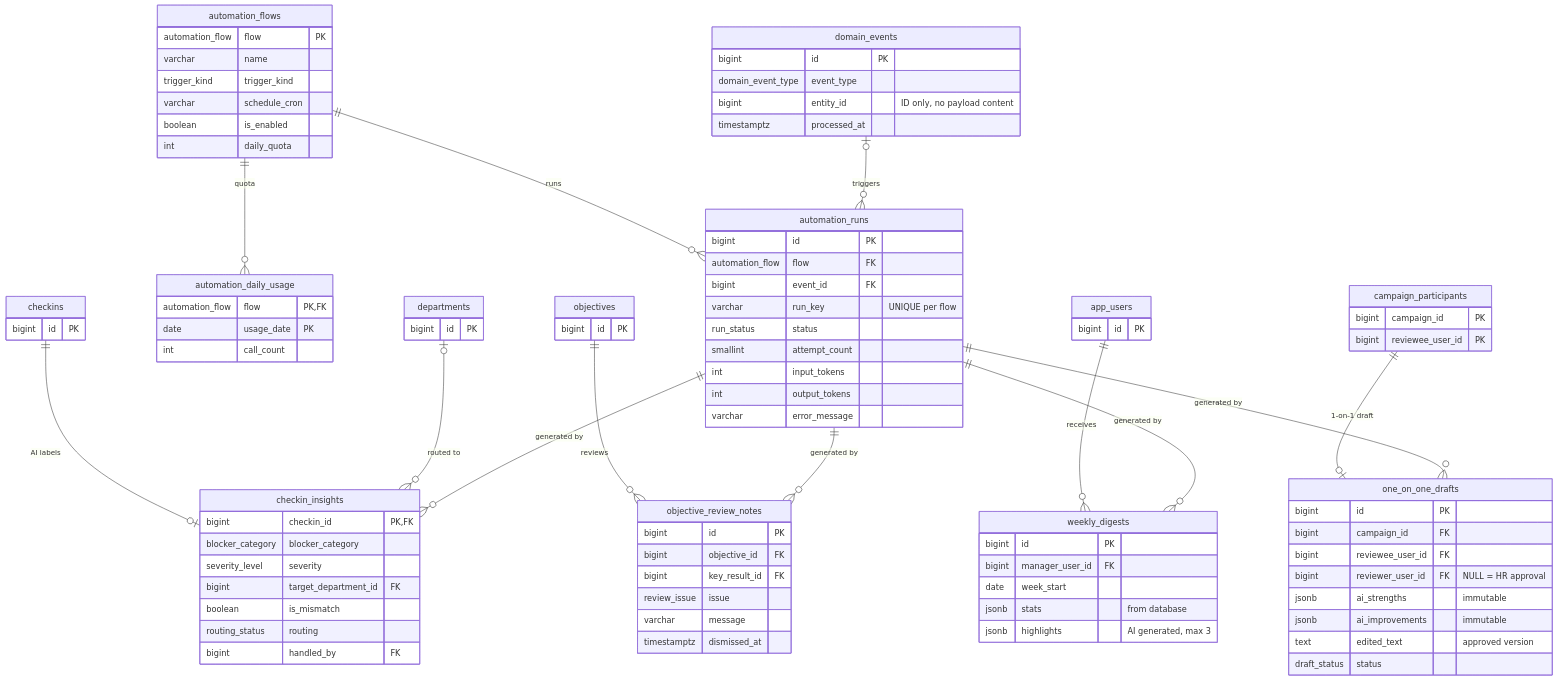
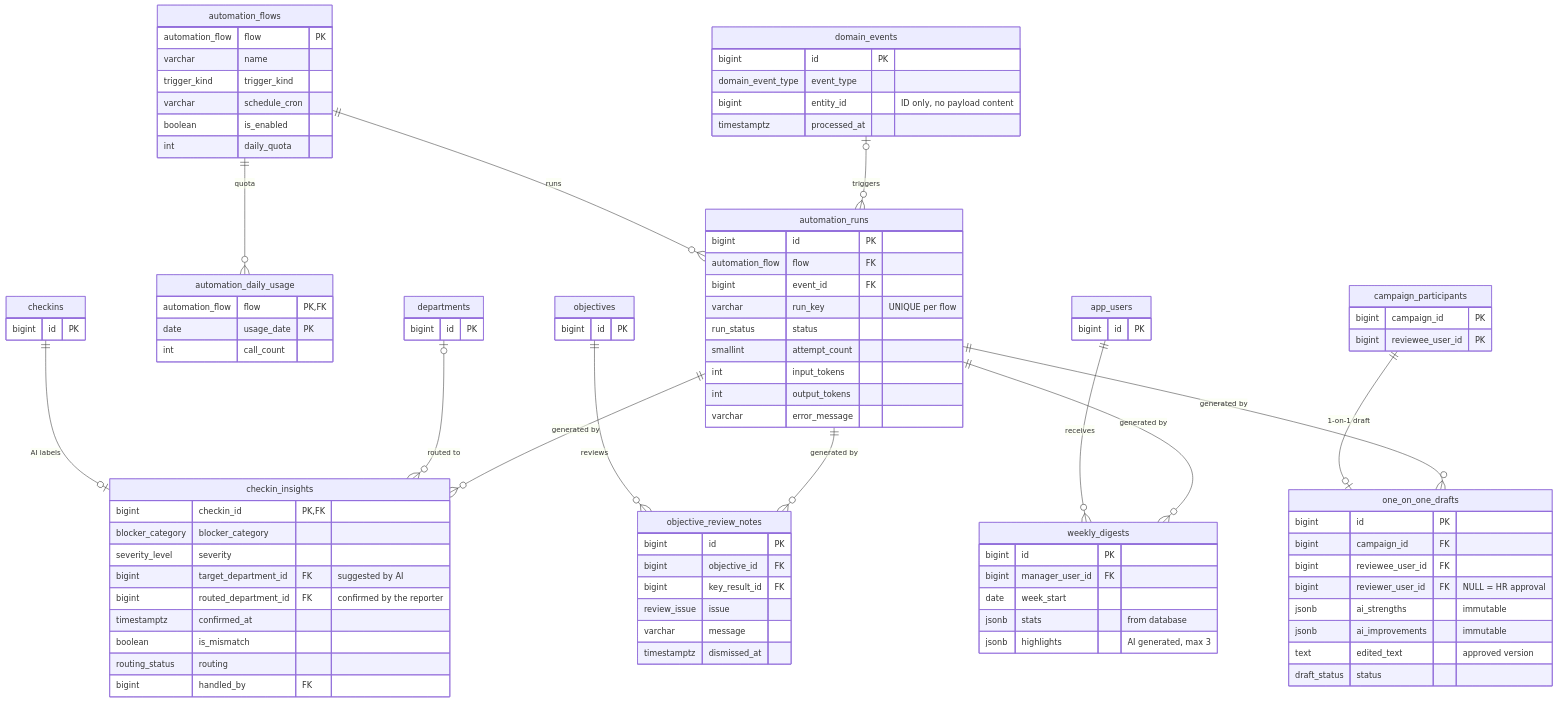
Before and after one commit to Akaza-ban/OCK-360: the third of 3 diagrams in docs/DATABASE.md, drawn with Mermaid. The commit also changed other lines of this file and 26 other files, not shown here.

```diff
--- a/docs/DATABASE.md
+++ b/docs/DATABASE.md
@@ -386,7 +386,9 @@
         bigint checkin_id PK,FK
         blocker_category blocker_category
         severity_level severity
-        bigint target_department_id FK
+        bigint target_department_id FK "suggested by AI"
+        bigint routed_department_id FK "confirmed by the reporter"
+        timestamptz confirmed_at
         boolean is_mismatch
         routing_status routing
         bigint handled_by FK
```
